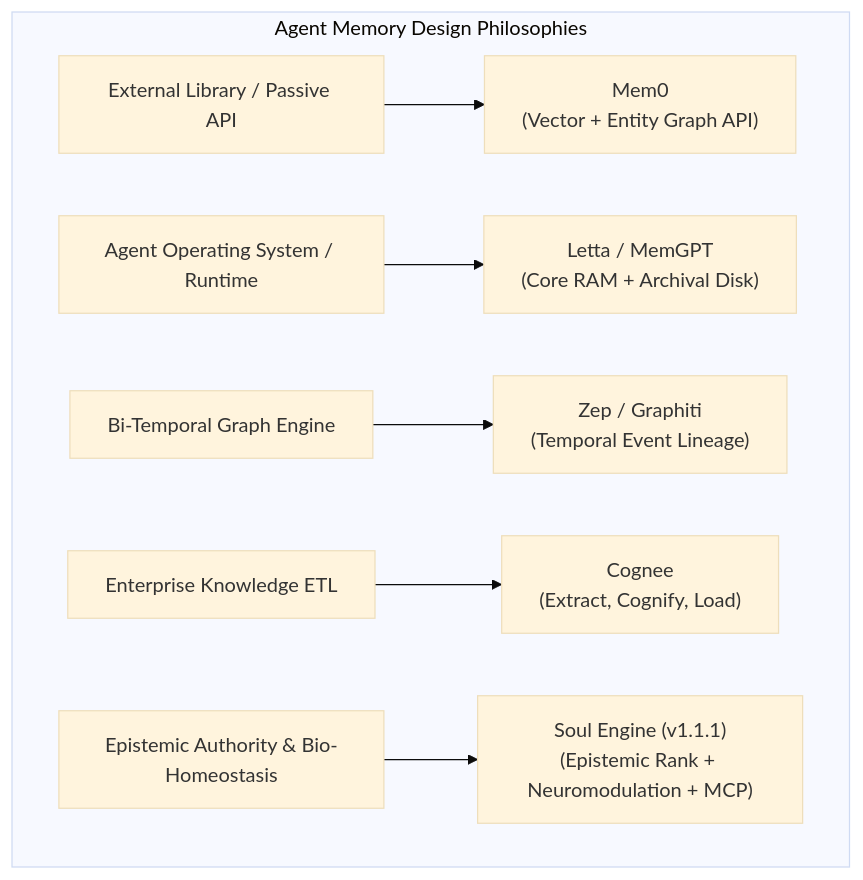
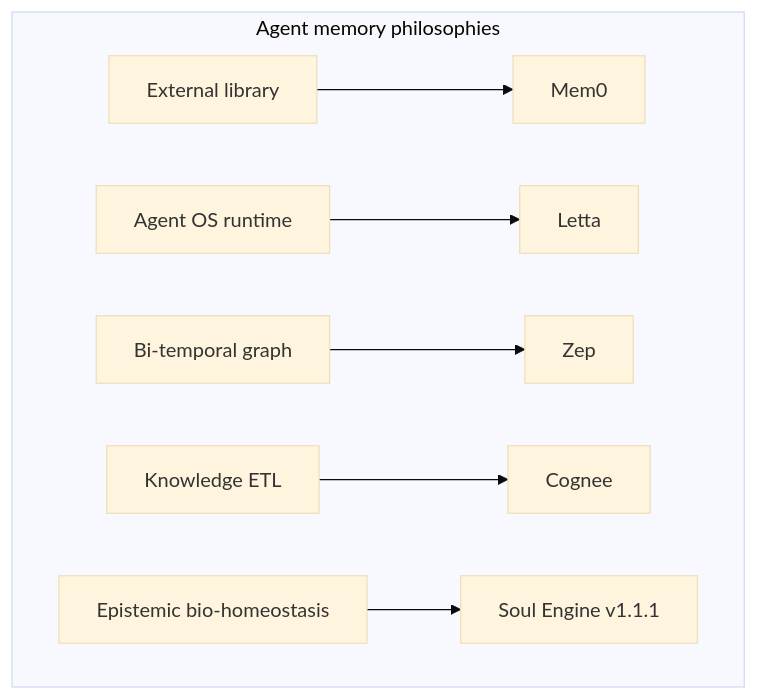
The diagram in docs/SOTA_COMPARISON.md (Azhonaras/soul-engine), drawn with Mermaid (base theme) before and after one commit. The commit also changed 6 other files, not shown here.

First line of the commit message:
docs: tighten Mermaid for GitHub and cap mypy below 2.

````diff
--- a/docs/SOTA_COMPARISON.md
+++ b/docs/SOTA_COMPARISON.md
@@ -11,10 +11,10 @@
 ```mermaid
-graph TD
-    subgraph TAXONOMY [" Agent Memory Design Philosophies "]
-        A["External Library / Passive API"] --> Mem0["Mem0<br/>(Vector + Entity Graph API)"]
-        B["Agent Operating System / Runtime"] --> Letta["Letta / MemGPT<br/>(Core RAM + Archival Disk)"]
-        C["Bi-Temporal Graph Engine"] --> Zep["Zep / Graphiti<br/>(Temporal Event Lineage)"]
-        D["Enterprise Knowledge ETL"] --> Cognee["Cognee<br/>(Extract, Cognify, Load)"]
-        E["Epistemic Authority & Bio-Homeostasis"] --> Soul["Soul Engine (v1.1.1)<br/>(Epistemic Rank + Neuromodulation + MCP)"]
+flowchart TD
+    subgraph philosophies["Agent memory philosophies"]
+        lib["External library"] --> mem0["Mem0"]
+        runtime["Agent OS runtime"] --> letta["Letta"]
+        graphEngine["Bi-temporal graph"] --> zep["Zep"]
+        etl["Knowledge ETL"] --> cognee["Cognee"]
+        epistemic["Epistemic bio-homeostasis"] --> soul["Soul Engine v1.1.1"]
     end
 ```
````
